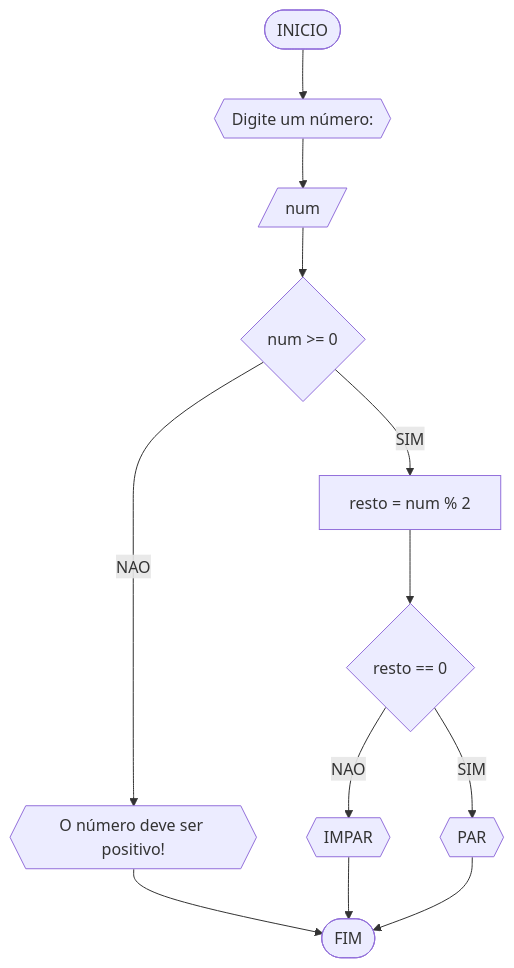
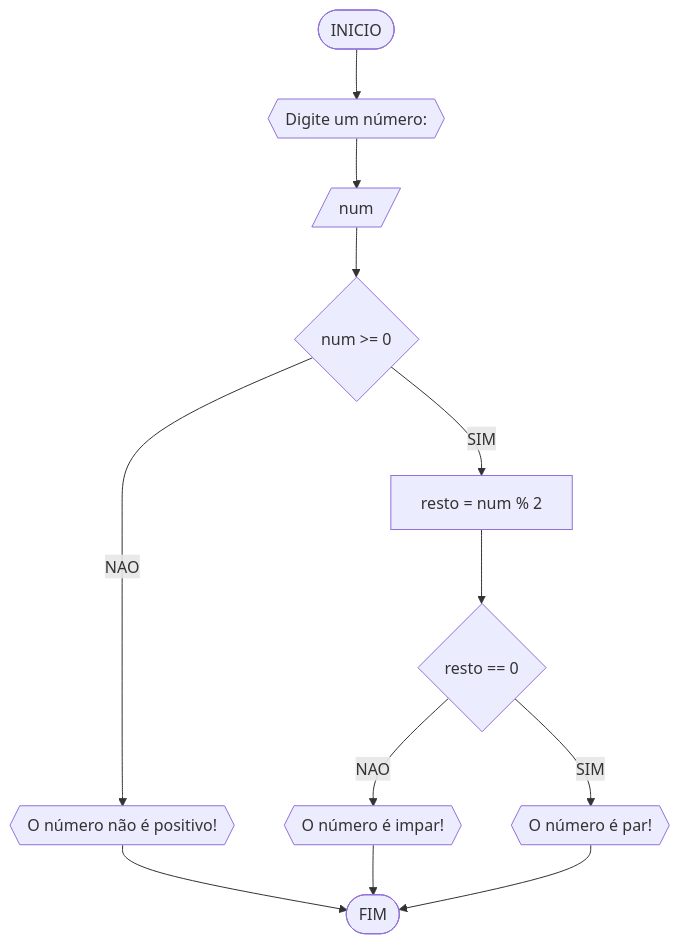
One commit to AlissonFT2/unifor changed the third of 3 diagrams in RLA/lista1_exercicios.md. Above: the diagram before and after it, drawn with Mermaid. The commit also changed other lines of this file, not shown here.

````diff
--- a/RLA/lista1_exercicios.md
+++ b/RLA/lista1_exercicios.md
@@ -12,14 +89,14 @@
 ```mermaid
 flowchart TD
 A([INICIO]) --> B{{Digite um número: }} 
 B --> C[/num/] 
 C --> D{num >= 0}
-D --NAO--> E{{O número deve ser positivo!}}
+D --NAO--> E{{O número não é positivo!}}
 E --> F([FIM])
 D --SIM--> G[resto = num % 2]
 G --> H{resto == 0}
-H --NAO--> L{{IMPAR}}
-H --SIM--> M{{PAR}}
+H --NAO--> L{{O número é impar!}}
+H --SIM--> M{{O número é par!}}
 L --> F
 M --> F
 ```
````
